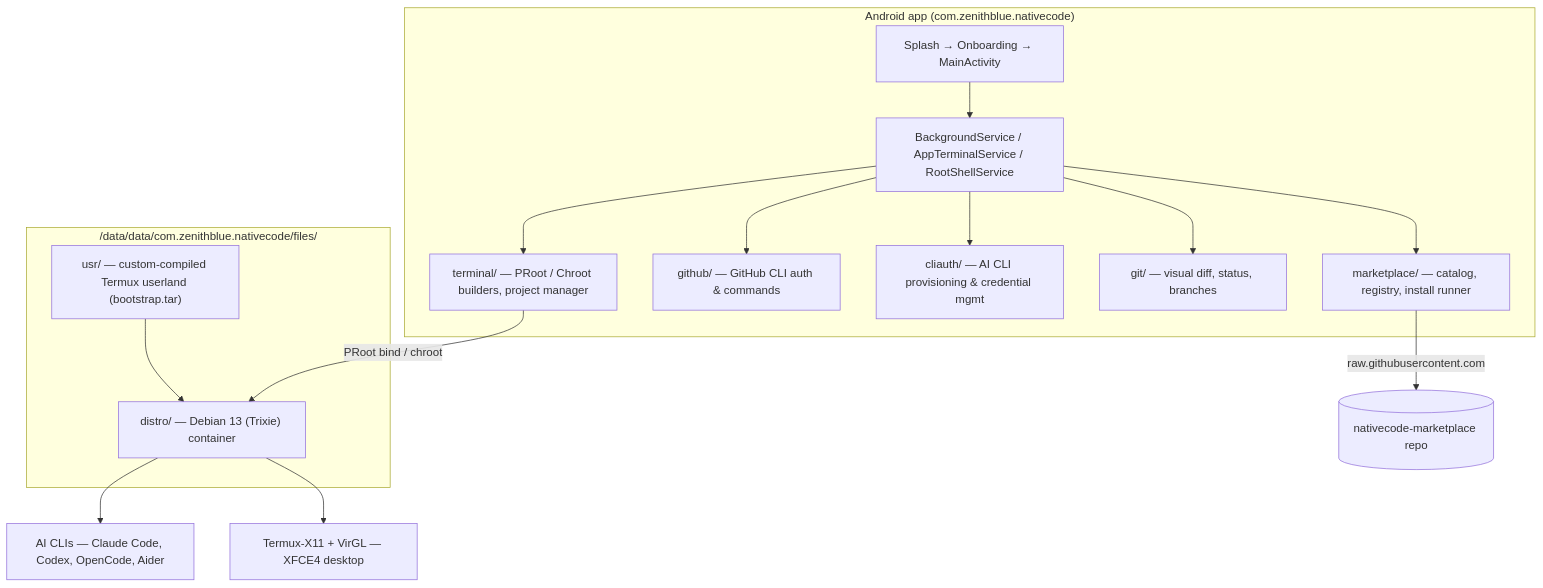
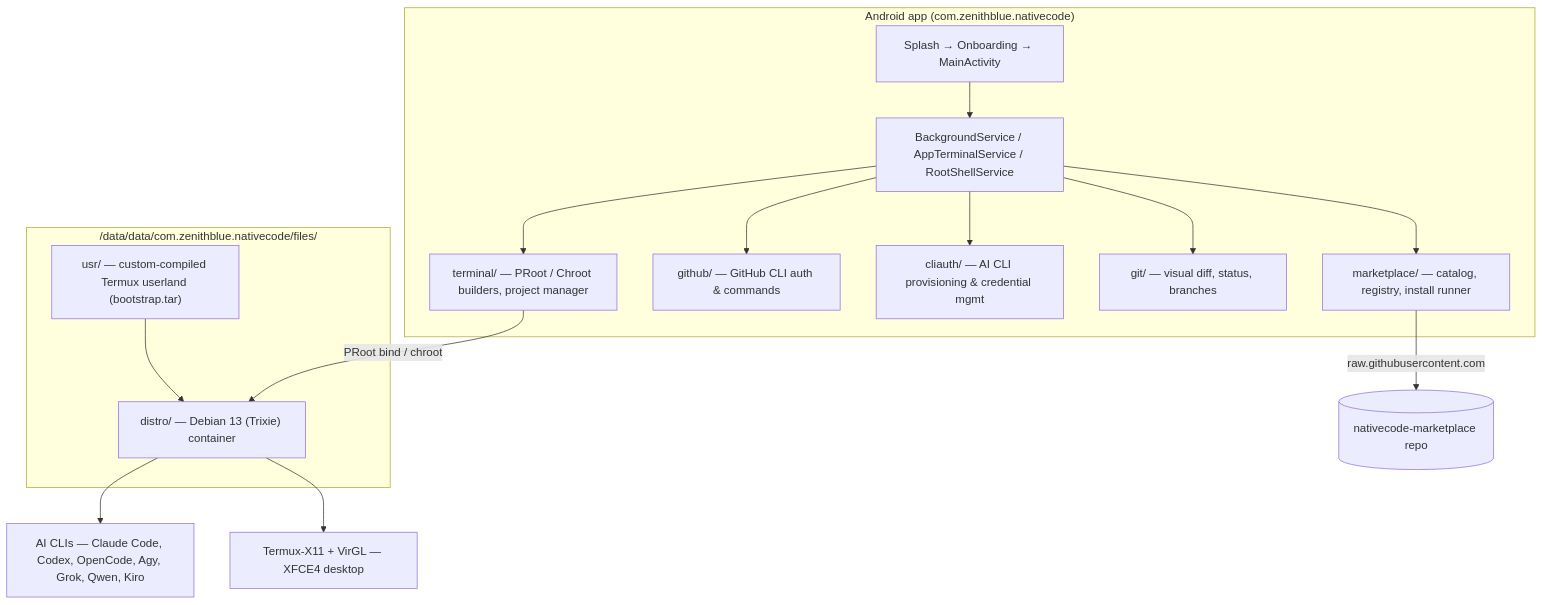
The diagram in README.md (zenithblue-oss/nativecode), drawn with Mermaid before and after one commit. The commit also changed other lines of this file and 30 other files, not shown here.

````diff
--- a/README.md
+++ b/README.md
@@ -77,23 +77,23 @@
 ```mermaid
 flowchart TB
     subgraph App["Android app (com.zenithblue.nativecode)"]
         UI["Splash → Onboarding → MainActivity"]
         UI --> Services["BackgroundService / AppTerminalService / RootShellService"]
         Services --> MKT["marketplace/ — catalog, registry, install runner"]
         Services --> GH["github/ — GitHub CLI auth & commands"]
         Services --> AUTH["cliauth/ — AI CLI provisioning & credential mgmt"]
         Services --> GIT["git/ — visual diff, status, branches"]
         Services --> TERM["terminal/ — PRoot / Chroot builders, project manager"]
     end
 
     subgraph Storage["/data/data/com.zenithblue.nativecode/files/"]
         USER["usr/ — custom-compiled Termux userland (bootstrap.tar)"]
         DISTRO["distro/ — Debian 13 (Trixie) container"]
     end
 
     MKT -->|raw.githubusercontent.com| MP[(nativecode-marketplace repo)]
     TERM -->|PRoot bind / chroot| DISTRO
     USER --> DISTRO
-    DISTRO --> AI["AI CLIs — Claude Code, Codex, OpenCode, Aider"]
+    DISTRO --> AI["AI CLIs — Claude Code, Codex, OpenCode, Agy, Grok, Qwen, Kiro"]
     DISTRO --> X11["Termux-X11 + VirGL — XFCE4 desktop"]
 ```
````
